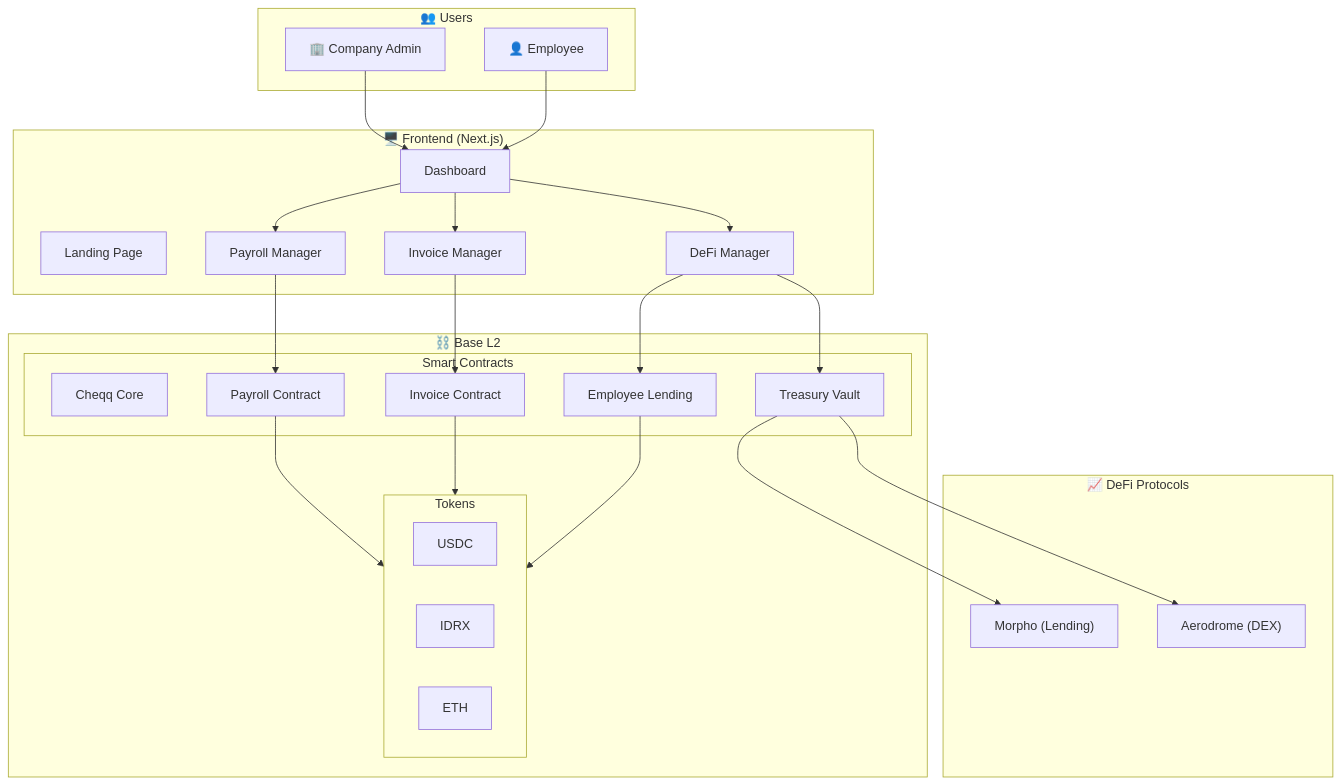
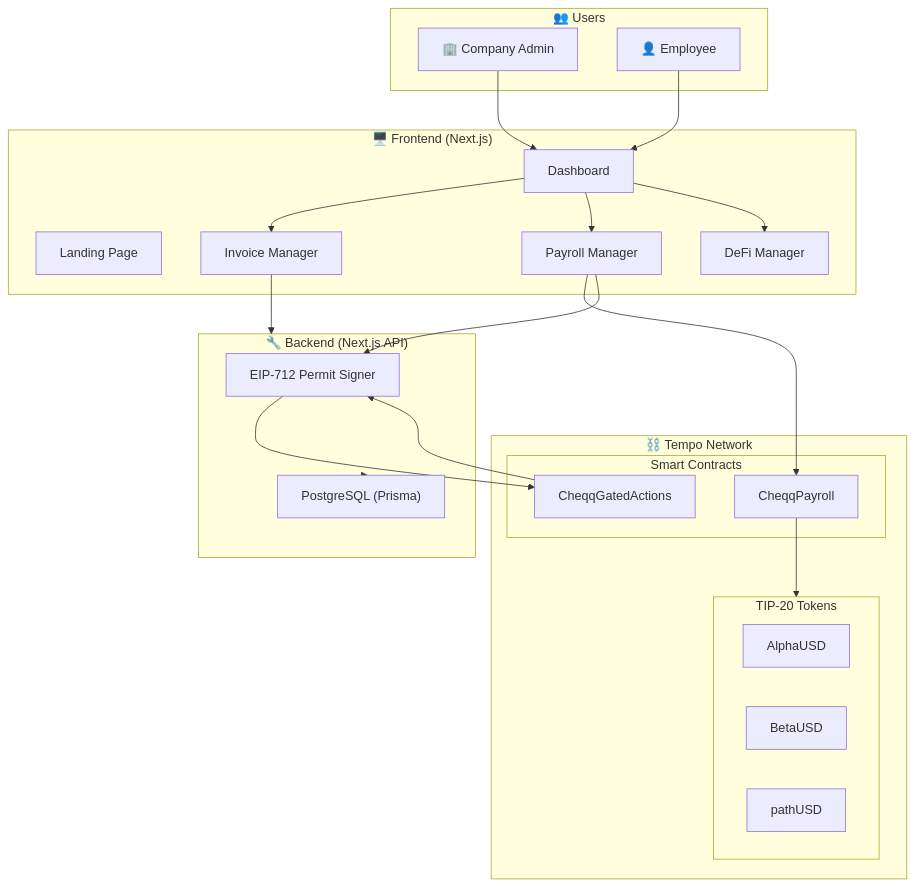
The first of 10 diagrams in excalidraw-flow-chart/payfi_flowcharts.md (unclekaldoteth/cheqq), drawn with Mermaid before and after one commit. The commit also changed other lines of this file and 110 other files, not shown here.

Commit message:
Update Cheqq application: UI improvements, contract updates, and feature enhancements

````diff
--- a/excalidraw-flow-chart/payfi_flowcharts.md
+++ b/excalidraw-flow-chart/payfi_flowcharts.md
@@ -5,54 +5,49 @@
 ```mermaid
 flowchart TB
     subgraph Users["👥 Users"]
         Company["🏢 Company Admin"]
         Employee["👤 Employee"]
     end
 
     subgraph Frontend["🖥️ Frontend (Next.js)"]
         Landing["Landing Page"]
         Dashboard["Dashboard"]
         InvoiceUI["Invoice Manager"]
         PayrollUI["Payroll Manager"]
         DefiUI["DeFi Manager"]
     end
 
-    subgraph Blockchain["⛓️ Base L2"]
+    subgraph Blockchain["⛓️ Tempo Network"]
         subgraph Contracts["Smart Contracts"]
-            CheqqCore["Cheqq Core"]
-            InvoiceContract["Invoice Contract"]
-            PayrollContract["Payroll Contract"]
-            LendingContract["Employee Lending"]
-            TreasuryVault["Treasury Vault"]
+            PayrollContract["CheqqPayroll"]
+            GatedActions["CheqqGatedActions"]
         end
         
-        subgraph Tokens["Tokens"]
-            USDC["USDC"]
-            IDRX["IDRX"]
-            ETH["ETH"]
+        subgraph Tokens["TIP-20 Tokens"]
+            AlphaUSD["AlphaUSD"]
+            BetaUSD["BetaUSD"]
+            PathUSD["pathUSD"]
         end
     end
 
-    subgraph DeFiProtocols["📈 DeFi Protocols"]
-        Morpho["Morpho (Lending)"]
-        Aero["Aerodrome (DEX)"]
+    subgraph Backend["🔧 Backend (Next.js API)"]
+        PermitSigner["EIP-712 Permit Signer"]
+        Database["PostgreSQL (Prisma)"]
     end
 
     Company --> Dashboard
     Employee --> Dashboard
     Dashboard --> InvoiceUI
     Dashboard --> PayrollUI
     Dashboard --> DefiUI
 
-    InvoiceUI --> InvoiceContract
     PayrollUI --> PayrollContract
-    DefiUI --> LendingContract
-    DefiUI --> TreasuryVault
-
-    TreasuryVault --> Morpho
-    TreasuryVault --> Aero
+    PayrollUI --> PermitSigner
+    PermitSigner --> GatedActions
     
     PayrollContract --> Tokens
-    InvoiceContract --> Tokens
-    LendingContract --> Tokens
+    GatedActions --> PermitSigner
+    
+    InvoiceUI --> Backend
+    Backend --> Database
 ```
````
